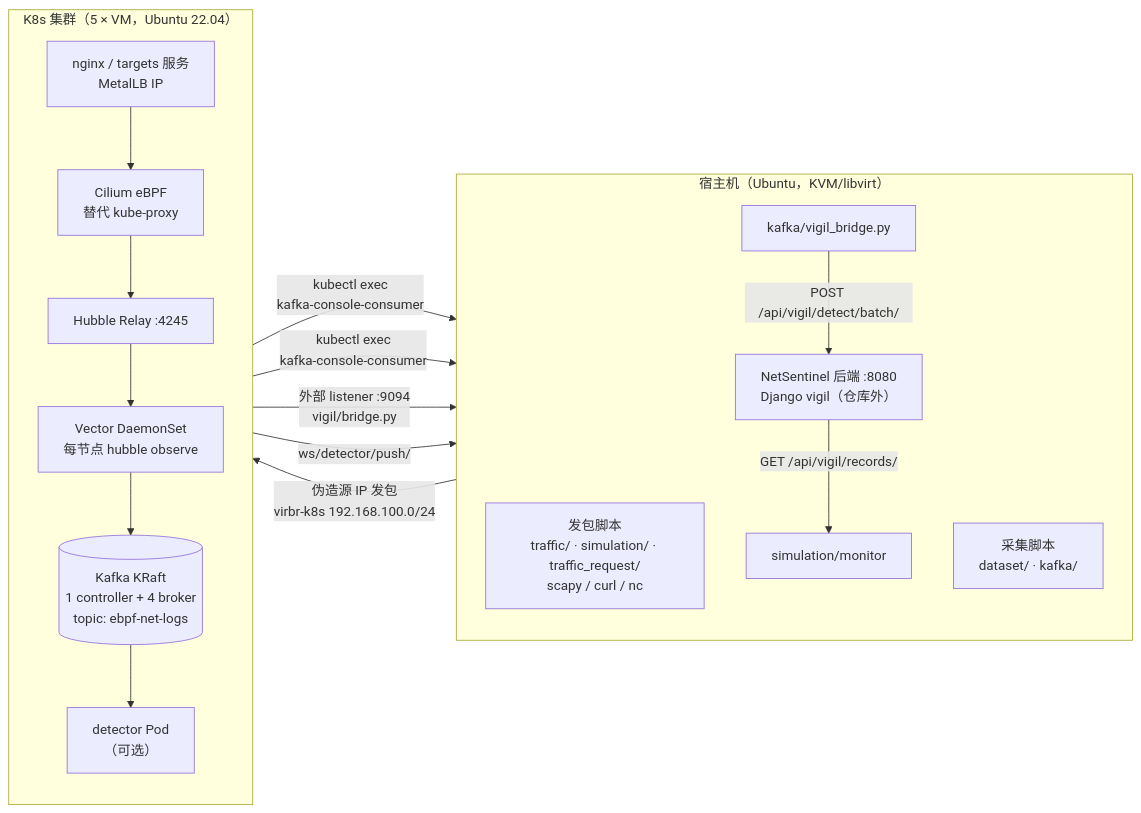
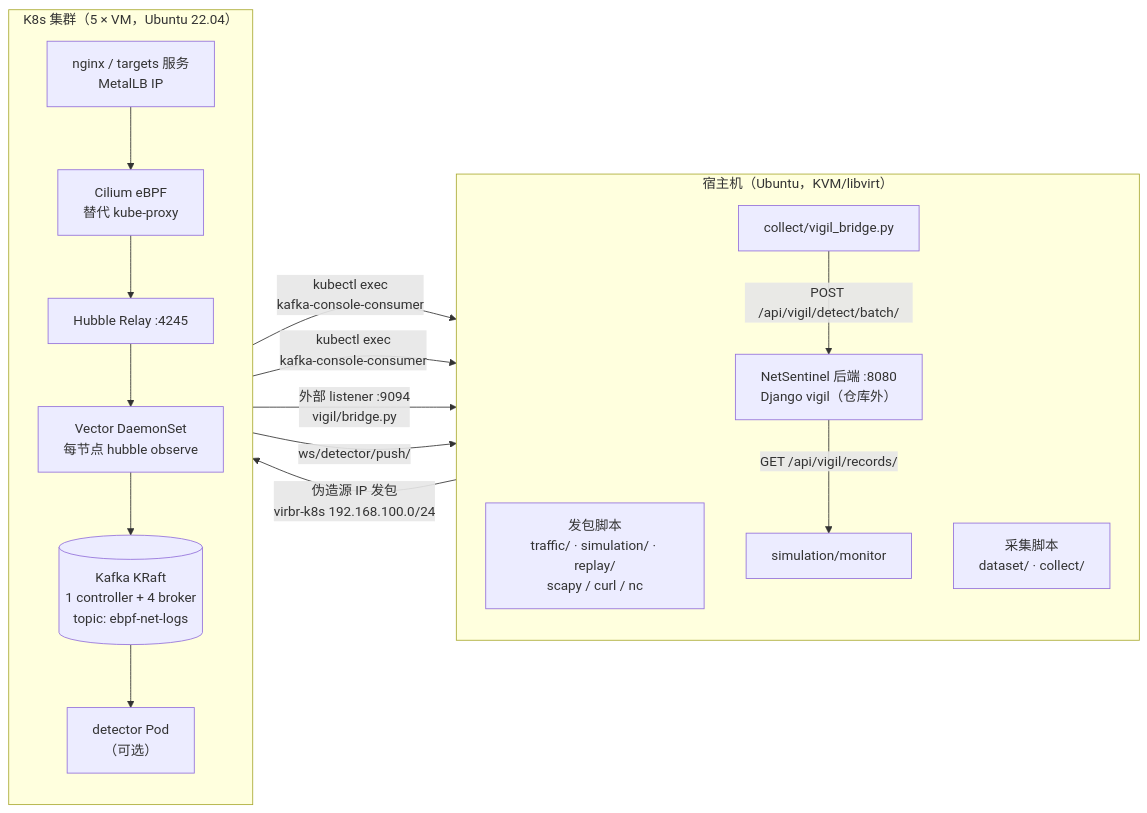
The diagram in lab/README.md (knet-lab/knettf), drawn with Mermaid before and after one commit. The commit also changed other lines of this file and 49 other files, not shown here.

````diff
--- a/lab/README.md
+++ b/lab/README.md
@@ -16,31 +17,31 @@
 ```mermaid
 flowchart LR
     subgraph HOST["宿主机（Ubuntu，KVM/libvirt）"]
         direction TB
-        GEN["发包脚本<br/>traffic/ · simulation/ · traffic_request/<br/>scapy / curl / nc"]
-        COL["采集脚本<br/>dataset/ · kafka/"]
-        BRG["kafka/vigil_bridge.py"]
+        GEN["发包脚本<br/>traffic/ · simulation/ · replay/<br/>scapy / curl / nc"]
+        COL["采集脚本<br/>dataset/ · collect/"]
+        BRG["collect/vigil_bridge.py"]
         MON["simulation/monitor"]
         NS["NetSentinel 后端 :8080<br/>Django vigil（仓库外）"]
     end
 
     subgraph K8S["K8s 集群（5 × VM，Ubuntu 22.04）"]
         direction TB
         SVC["nginx / targets 服务<br/>MetalLB IP"]
         CIL["Cilium eBPF<br/>替代 kube-proxy"]
         HUB["Hubble Relay :4245"]
         VEC["Vector DaemonSet<br/>每节点 hubble observe"]
         KAF[("Kafka KRaft<br/>1 controller + 4 broker<br/>topic: ebpf-net-logs")]
         DET["detector Pod<br/>（可选）"]
         SVC --> CIL --> HUB --> VEC --> KAF
         KAF --> DET
     end
 
     GEN -- "伪造源 IP 发包<br/>virbr-k8s 192.168.100.0/24" --> SVC
     KAF -- "kubectl exec<br/>kafka-console-consumer" --> COL
     KAF -- "kubectl exec<br/>kafka-console-consumer" --> BRG
     KAF -- "外部 listener :9094<br/>vigil/bridge.py" --> NS
     BRG -- "POST /api/vigil/detect/batch/" --> NS
     DET -- "ws/detector/push/" --> NS
     NS -- "GET /api/vigil/records/" --> MON
 ```
````
